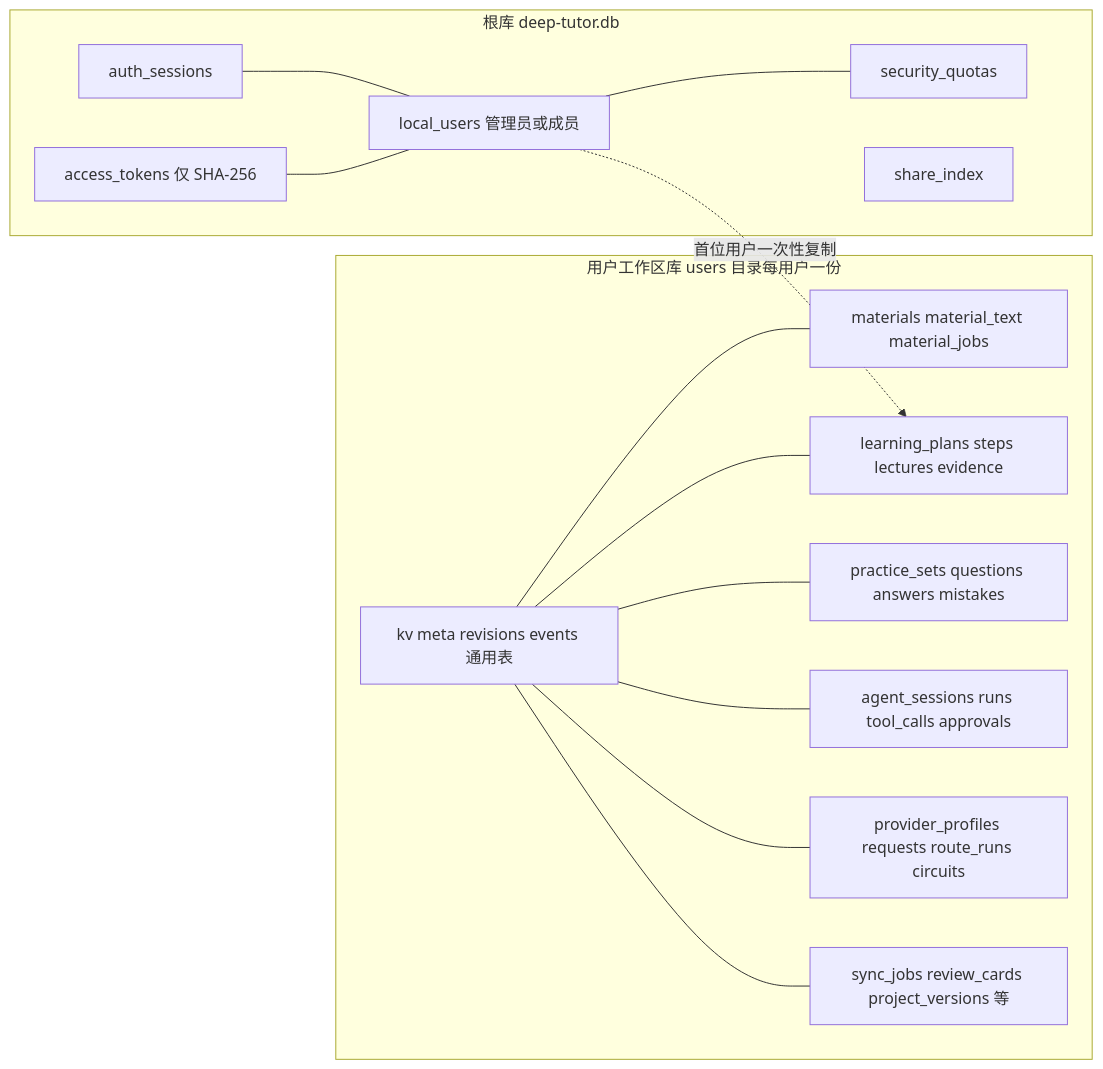
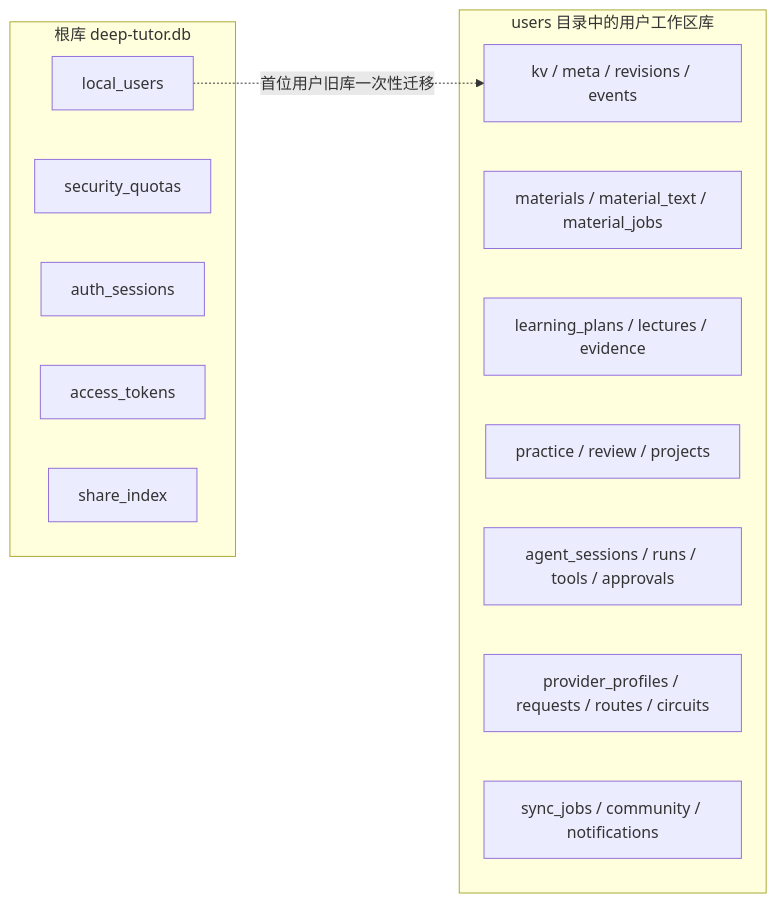
One commit to hershate/Deep-tutor changed the second of 5 diagrams in docs/architecture/01-architecture.md. Above: the diagram before and after it, drawn with Mermaid. The commit also changed other lines of this file and 5 other files, not shown here.

````diff
--- a/docs/architecture/01-architecture.md
+++ b/docs/architecture/01-architecture.md
@@ -105,29 +93,20 @@
 ```mermaid
 graph LR
     subgraph 根库 deep-tutor.db
-        LU[local_users 管理员或成员]
+        LU[local_users]
         SQ[security_quotas]
         AS[auth_sessions]
-        AT[access_tokens 仅 SHA-256]
+        AT[access_tokens]
         SI[share_index]
-        LU --- SQ
-        AS --- LU
-        AT --- LU
     end
-    subgraph 用户工作区库 users 目录每用户一份
-        GEN[kv meta revisions events 通用表]
-        DOM1[materials material_text material_jobs]
-        DOM2[learning_plans steps lectures evidence]
-        DOM3[practice_sets questions answers mistakes]
-        DOM4[agent_sessions runs tool_calls approvals]
-        DOM5[provider_profiles requests route_runs circuits]
-        DOM6[sync_jobs review_cards project_versions 等]
-        GEN --- DOM1
-        GEN --- DOM2
-        GEN --- DOM3
-        GEN --- DOM4
-        GEN --- DOM5
-        GEN --- DOM6
+    subgraph users 目录中的用户工作区库
+        GEN[kv / meta / revisions / events]
+        MAT[materials / material_text / material_jobs]
+        LR[learning_plans / lectures / evidence]
+        PR[practice / review / projects]
+        AG[agent_sessions / runs / tools / approvals]
+        PV[provider_profiles / requests / routes / circuits]
+        SY[sync_jobs / community / notifications]
     end
-    LU -. 首位用户一次性复制 .-> DOM2
+    LU -. 首位用户旧库一次性迁移 .-> GEN
 ```
````
